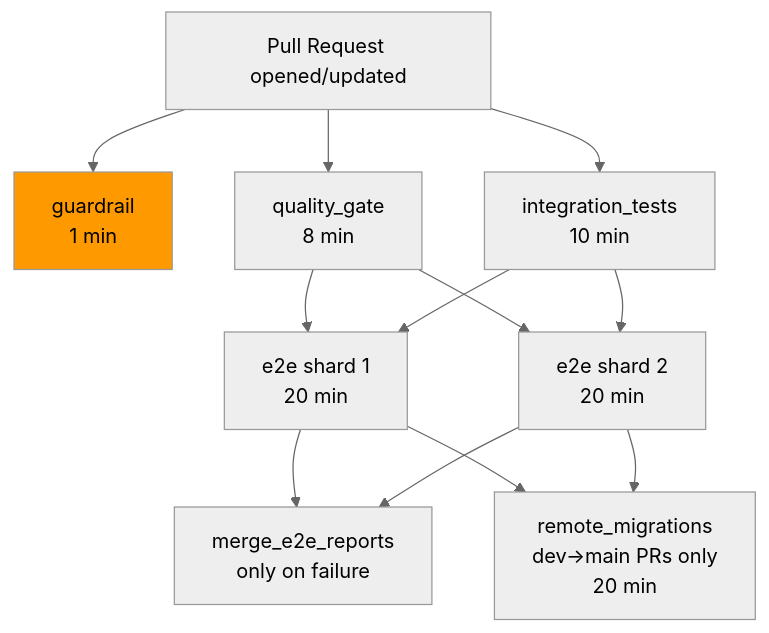
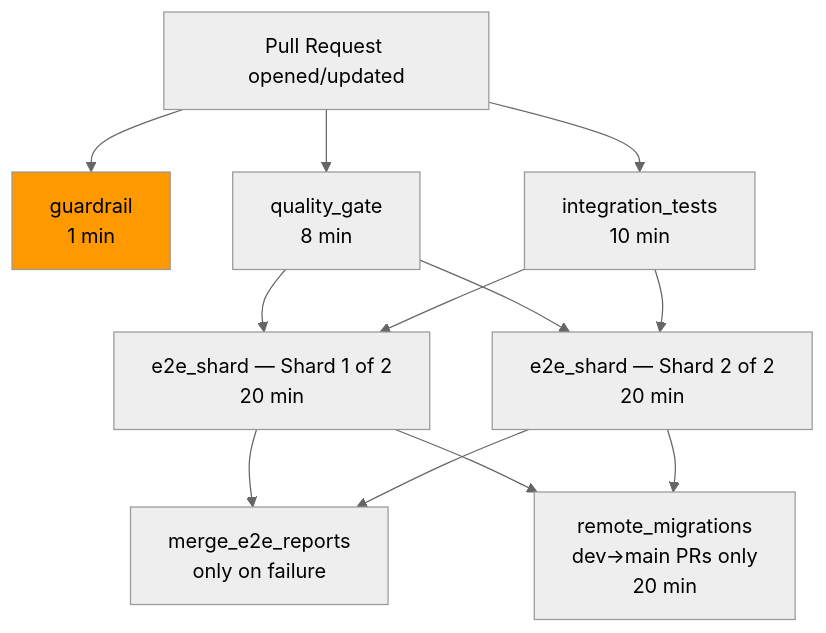
Before and after one commit to Framehouseworks/framehouse-hub: the fifth of 13 diagrams in docs/cicd-pipeline-guide.md, drawn with Mermaid (neutral theme). The commit also changed other lines of this file and 1 other file, not shown here.

Commit message:
FRH-CICD-01: Pipeline e2e shard renaming and e2e fixes

````diff
--- a/docs/cicd-pipeline-guide.md
+++ b/docs/cicd-pipeline-guide.md
@@ -194,18 +194,18 @@
 ```mermaid
 flowchart TD
     PR[Pull Request opened/updated]
     PR --> G[guardrail\n1 min]
     PR --> QG[quality_gate\n8 min]
     PR --> IT[integration_tests\n10 min]
-    QG --> E1[e2e shard 1\n20 min]
-    QG --> E2[e2e shard 2\n20 min]
+    QG --> E1[e2e_shard — Shard 1 of 2\n20 min]
+    QG --> E2[e2e_shard — Shard 2 of 2\n20 min]
     IT --> E1
     IT --> E2
     E1 --> ME[merge_e2e_reports\nonly on failure]
     E2 --> ME
     E1 --> RM[remote_migrations\ndev→main PRs only\n20 min]
     E2 --> RM
 
     G:::gate
     classDef gate fill:#ff9900,color:#000
 ```
````
